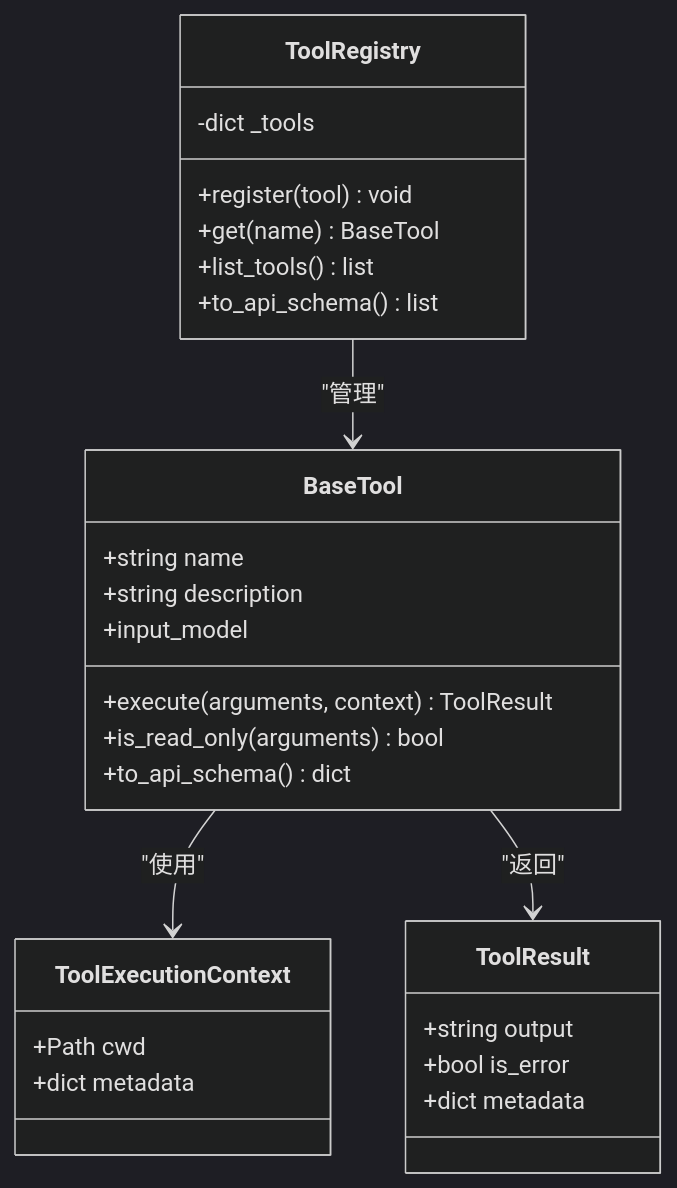
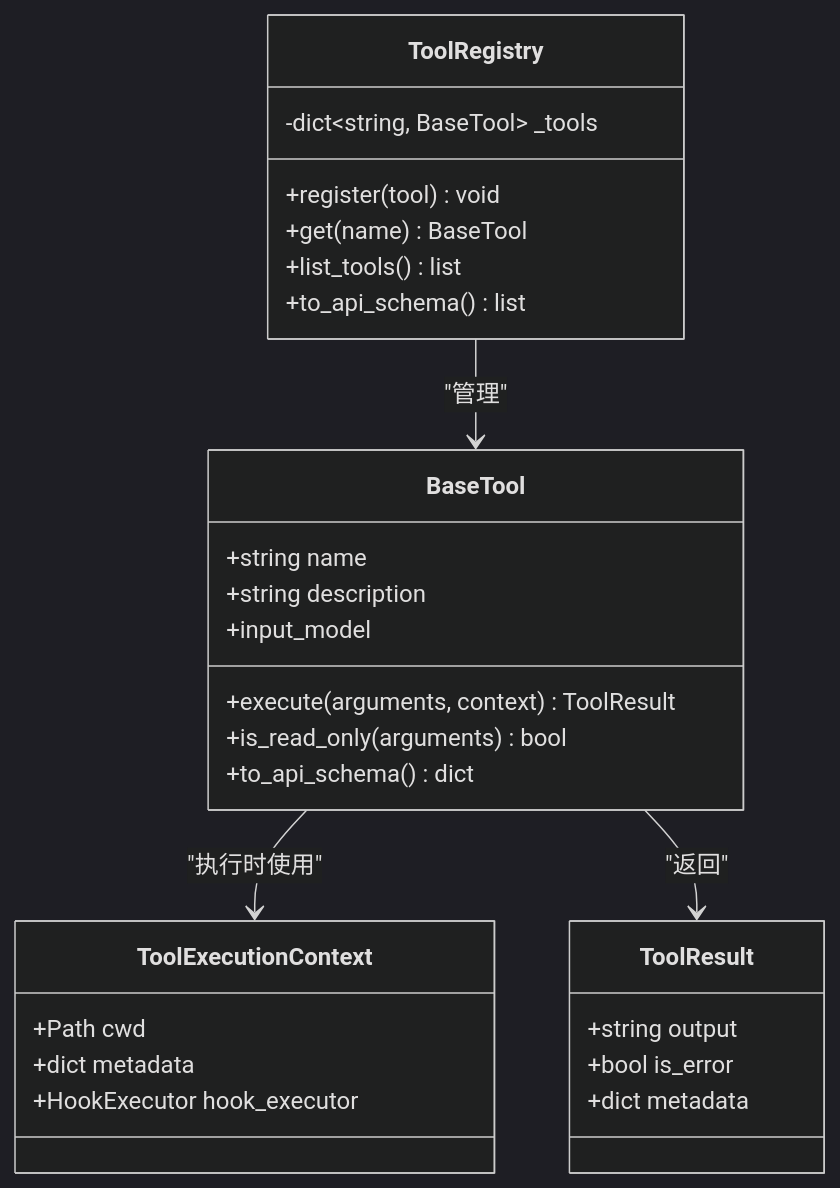
One commit to haolange/OpenHarness changed the fifth of 7 diagrams in .qoder/repowiki/zh/content/开发者指南/开发者指南.md. Above: the diagram before and after it, drawn with Mermaid (dark theme). The commit also changed other lines of this file and 222 other files, not shown here.

````diff
--- a/.qoder/repowiki/zh/content/开发者指南/开发者指南.md
+++ b/.qoder/repowiki/zh/content/开发者指南/开发者指南.md
@@ -177,30 +180,31 @@
 ```mermaid
 classDiagram
 class BaseTool {
 +string name
 +string description
 +input_model
 +execute(arguments, context) ToolResult
 +is_read_only(arguments) bool
 +to_api_schema() dict
 }
+class ToolRegistry {
+-dict~string, BaseTool~ _tools
++register(tool) void
++get(name) BaseTool
++list_tools() list
++to_api_schema() list
+}
 class ToolExecutionContext {
 +Path cwd
 +dict metadata
++HookExecutor hook_executor
 }
 class ToolResult {
 +string output
 +bool is_error
 +dict metadata
 }
-class ToolRegistry {
--dict _tools
-+register(tool) void
-+get(name) BaseTool
-+list_tools() list
-+to_api_schema() list
-}
-BaseTool --> ToolExecutionContext : "使用"
+ToolRegistry --> BaseTool : "管理"
+BaseTool --> ToolExecutionContext : "执行时使用"
 BaseTool --> ToolResult : "返回"
-ToolRegistry --> BaseTool : "管理"
 ```
````
